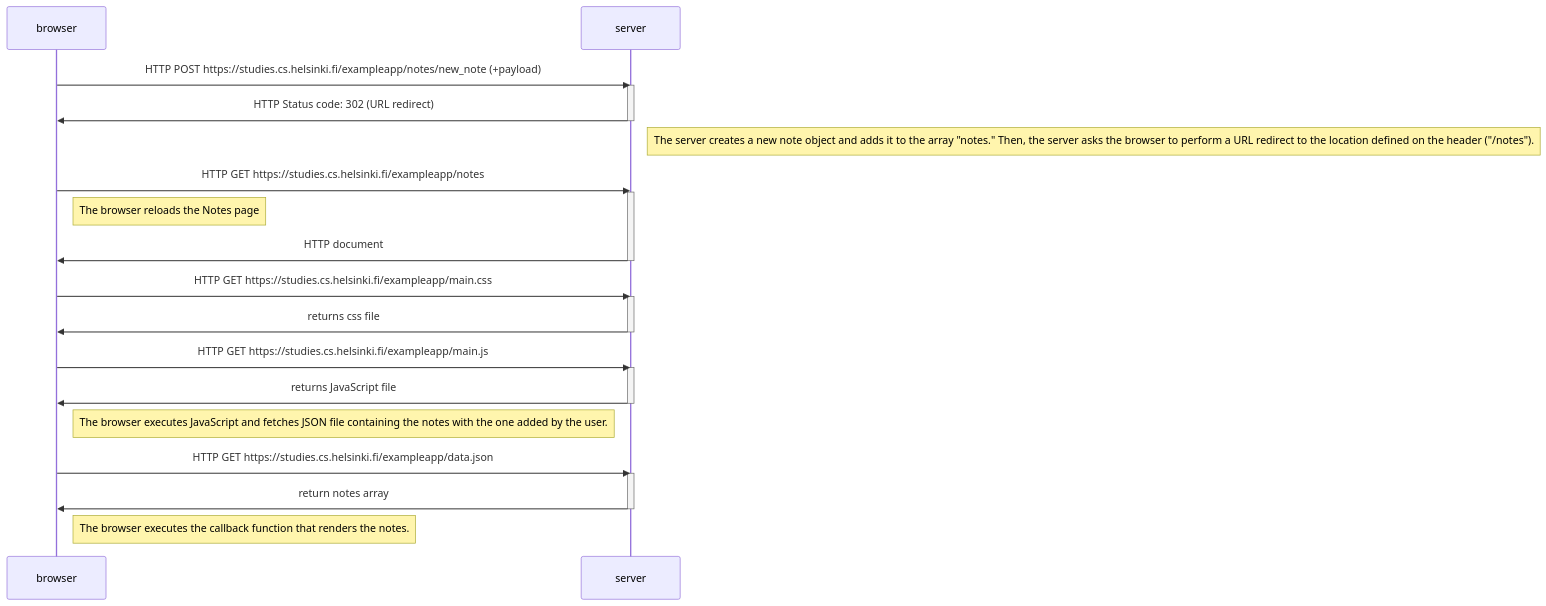
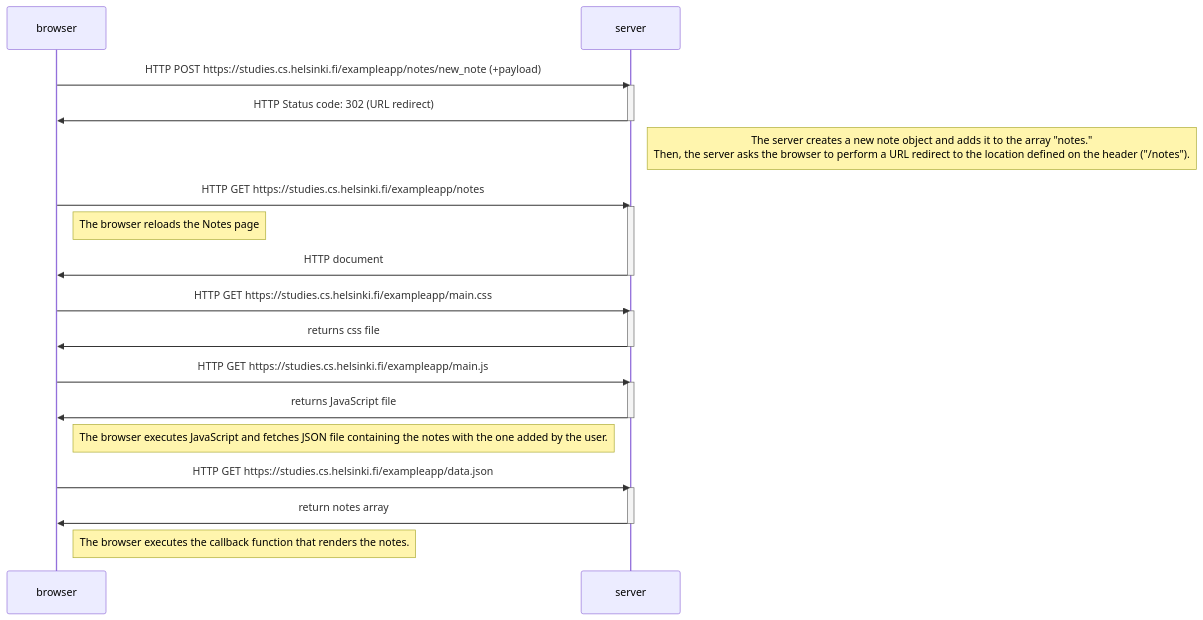
Before and after one commit to AnaRuizS/Fullstack_open: the diagram in part0/newnotediagram/diagram.md, drawn with Mermaid.

Commit message:
Formatted new notes diagram

````diff
--- a/part0/newnotediagram/diagram.md
+++ b/part0/newnotediagram/diagram.md
@@ -3,40 +3,40 @@
 ```mermaid
 sequenceDiagram
     participant browser
     participant server
 
     browser->>server: HTTP POST https://studies.cs.helsinki.fi/exampleapp/notes/new_note (+payload)
     activate server
     server->>browser: HTTP Status code: 302 (URL redirect)
     deactivate server
     
-    Note right of server: The server creates a new note object and adds it to the array "notes." Then, the server asks the browser to perform a URL redirect to the location defined on the header ("/notes").
+    Note right of server: The server creates a new note object and adds it to the array "notes." <br/> Then, the server asks the browser to perform a URL redirect to the location defined on the header ("/notes").
 
     browser->>server: HTTP GET https://studies.cs.helsinki.fi/exampleapp/notes
     activate server
 
     Note right of browser: The browser reloads the Notes page
 
     server->>browser: HTTP document
     deactivate server
 
     browser->>server: HTTP GET https://studies.cs.helsinki.fi/exampleapp/main.css
     activate server
     server->>browser: returns css file
     deactivate server
 
     browser->>server: HTTP GET https://studies.cs.helsinki.fi/exampleapp/main.js
     activate server
     server->>browser: returns JavaScript file
     deactivate server
 
     Note right of browser: The browser executes JavaScript and fetches JSON file containing the notes with the one added by the user.
 
     browser->>server: HTTP GET https://studies.cs.helsinki.fi/exampleapp/data.json
     activate server
     server->>browser: return notes array
     deactivate server
 
     Note right of browser: The browser executes the callback function that renders the notes. 
 
 ```
````
